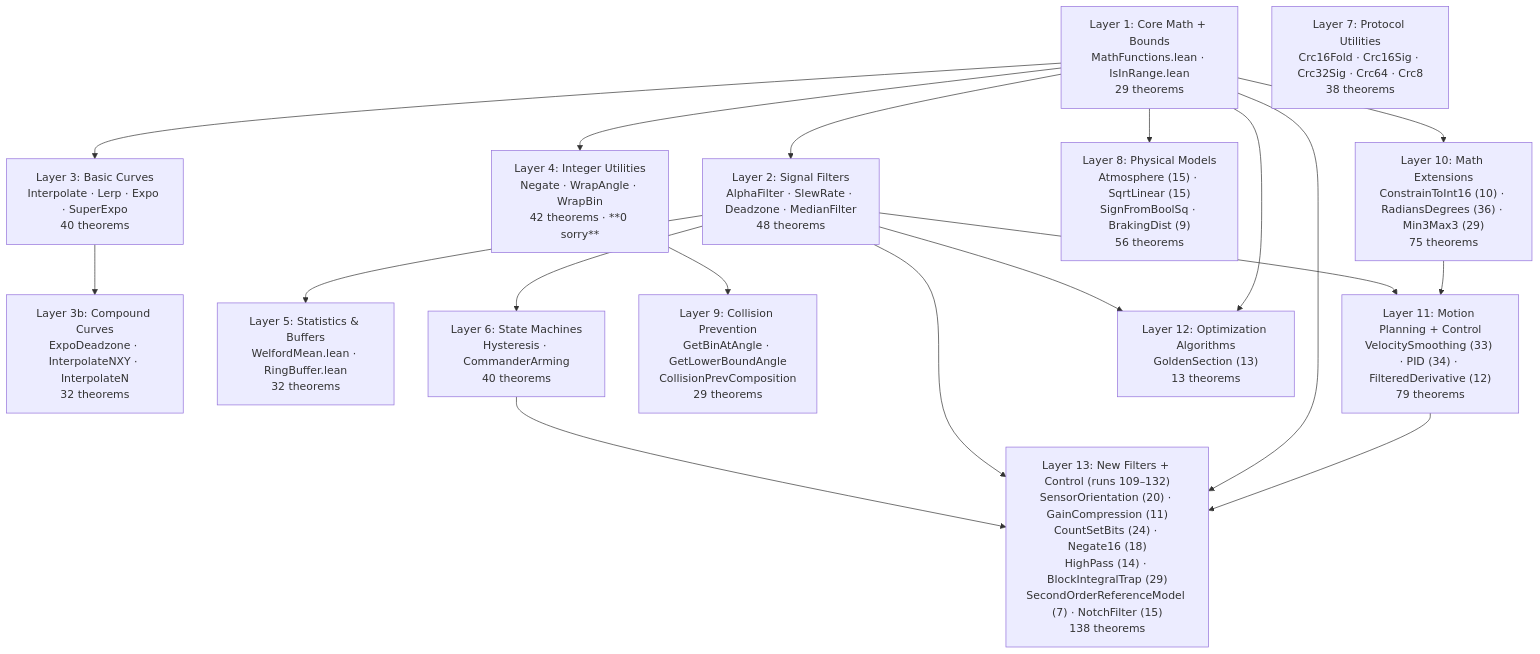
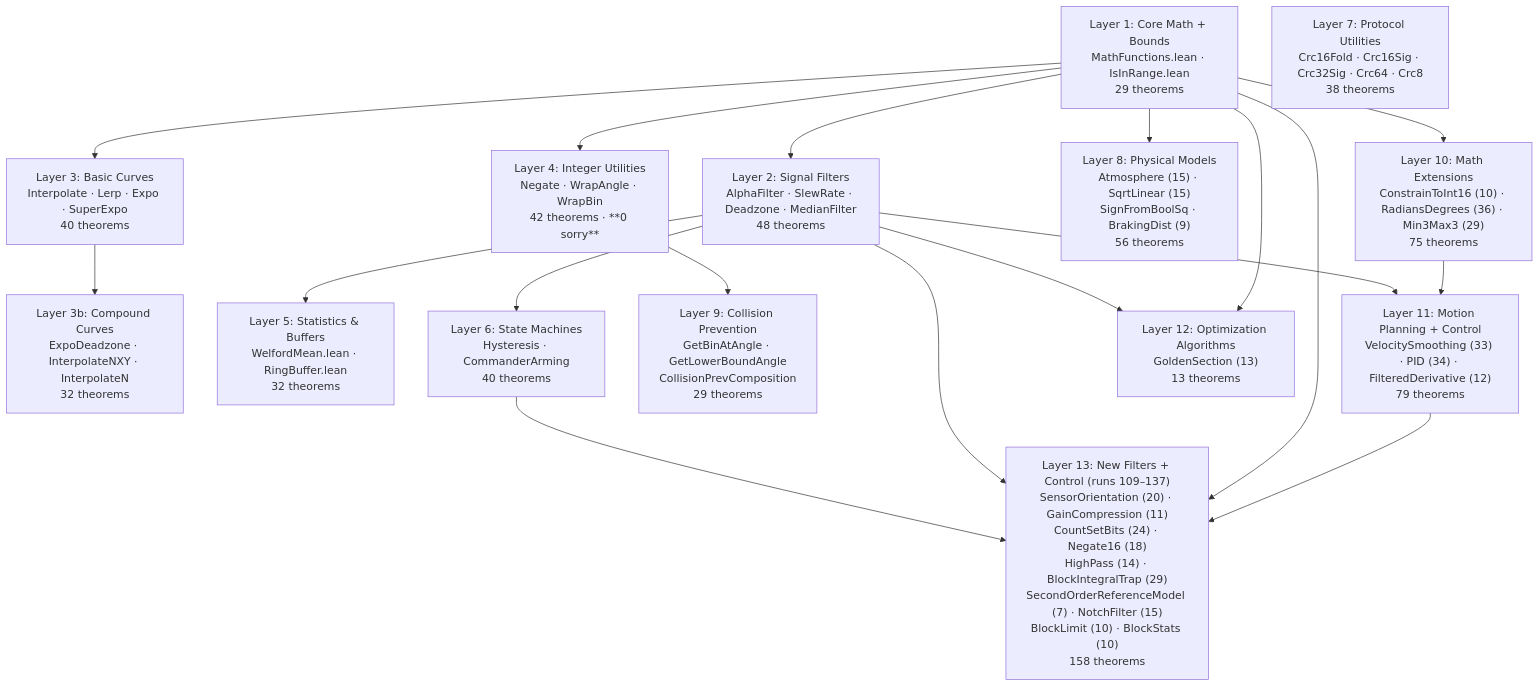
Before and after one commit to dsyme/PX4-Autopilot: the first of 19 diagrams in formal-verification/REPORT.md, drawn with Mermaid. The commit also changed other lines of this file and 2 other files, not shown here.

````diff
--- a/formal-verification/REPORT.md
+++ b/formal-verification/REPORT.md
@@ -49,34 +52,34 @@
 ```mermaid
 graph TD
     L1["Layer 1: Core Math + Bounds<br/>MathFunctions.lean · IsInRange.lean<br/>29 theorems"]
     L2a["Layer 2: Signal Filters<br/>AlphaFilter · SlewRate · Deadzone · MedianFilter<br/>48 theorems"]
     L2b["Layer 3: Basic Curves<br/>Interpolate · Lerp · Expo · SuperExpo<br/>40 theorems"]
     L2c["Layer 3b: Compound Curves<br/>ExpoDeadzone · InterpolateNXY · InterpolateN<br/>32 theorems"]
     L4["Layer 4: Integer Utilities<br/>Negate · WrapAngle · WrapBin<br/>42 theorems · **0 sorry**"]
     L5["Layer 5: Statistics & Buffers<br/>WelfordMean.lean · RingBuffer.lean<br/>32 theorems"]
     L6["Layer 6: State Machines<br/>Hysteresis · CommanderArming<br/>40 theorems"]
     L7["Layer 7: Protocol Utilities<br/>Crc16Fold · Crc16Sig · Crc32Sig · Crc64 · Crc8<br/>38 theorems"]
     L8["Layer 8: Physical Models<br/>Atmosphere (15) · SqrtLinear (15)<br/>SignFromBoolSq · BrakingDist (9)<br/>56 theorems"]
     L9["Layer 9: Collision Prevention<br/>GetBinAtAngle · GetLowerBoundAngle<br/>CollisionPrevComposition<br/>29 theorems"]
     L10["Layer 10: Math Extensions<br/>ConstrainToInt16 (10) · RadiansDegrees (36) · Min3Max3 (29)<br/>75 theorems"]
     L11["Layer 11: Motion Planning + Control<br/>VelocitySmoothing (33) · PID (34) · FilteredDerivative (12)<br/>79 theorems"]
     L12["Layer 12: Optimization Algorithms<br/>GoldenSection (13)<br/>13 theorems"]
-    L13["Layer 13: New Filters + Control (runs 109–132)<br/>SensorOrientation (20) · GainCompression (11)<br/>CountSetBits (24) · Negate16 (18)<br/>HighPass (14) · BlockIntegralTrap (29)<br/>SecondOrderReferenceModel (7) · NotchFilter (15)<br/>138 theorems"]
+    L13["Layer 13: New Filters + Control (runs 109–137)<br/>SensorOrientation (20) · GainCompression (11)<br/>CountSetBits (24) · Negate16 (18)<br/>HighPass (14) · BlockIntegralTrap (29)<br/>SecondOrderReferenceModel (7) · NotchFilter (15)<br/>BlockLimit (10) · BlockStats (10)<br/>158 theorems"]
     L1 --> L2a
     L1 --> L2b
     L2b --> L2c
     L1 --> L4
     L2a --> L5
     L2a --> L6
     L1 --> L8
     L4 --> L9
     L1 --> L10
     L2a --> L11
     L10 --> L11
     L2a --> L12
     L1 --> L12
     L6 --> L13
     L2a --> L13
     L1 --> L13
     L11 --> L13
 ```
````
